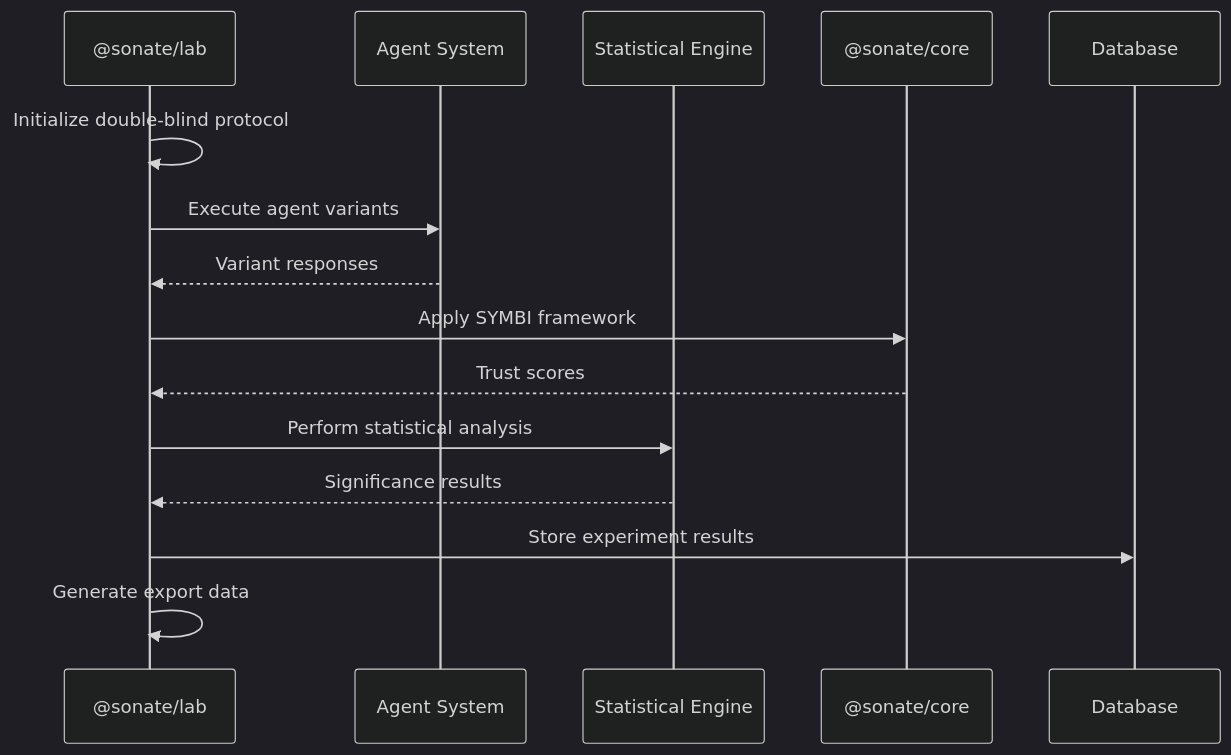
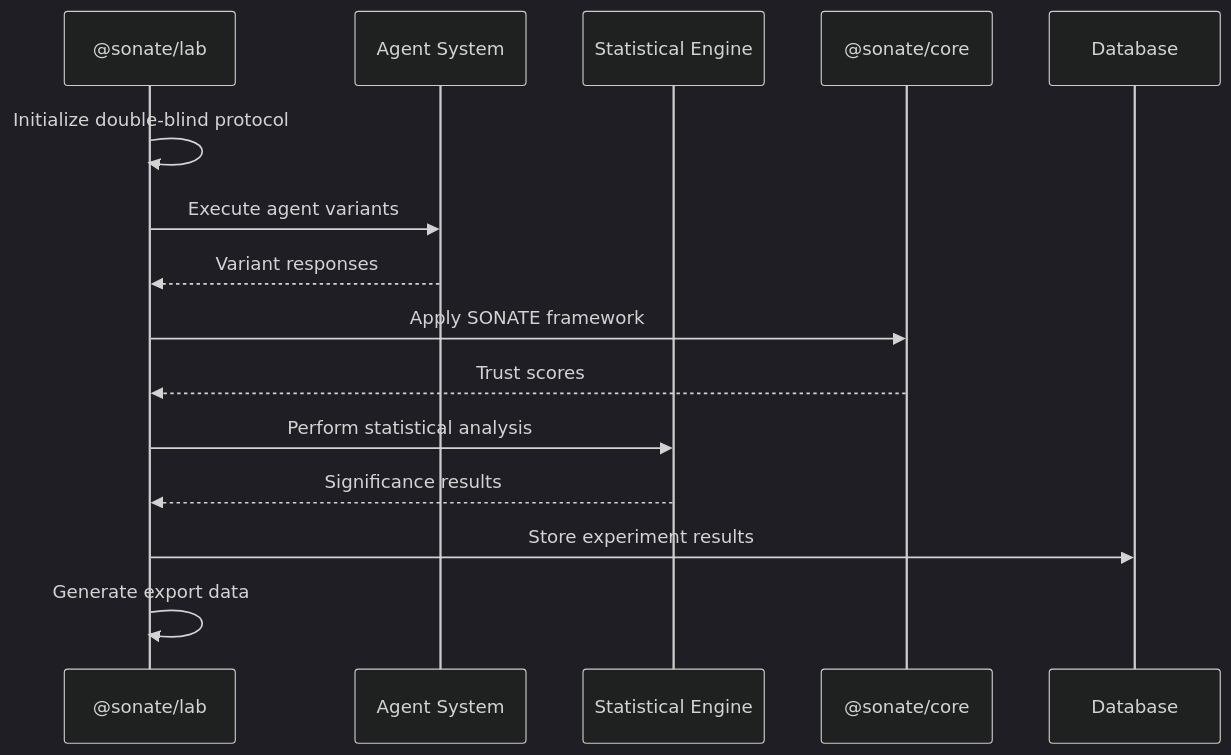
Before and after one commit to s8ken/yseeku-platform: the third of 3 diagrams in docs/architecture/ENTERPRISE_ARCHITECTURE.md, drawn with Mermaid (dark theme). The commit also changed other lines of this file and 144 other files, not shown here.

First line of the commit message:
refactor: complete SYMBI → SONATE rebrand across entire codebase

````diff
--- a/docs/architecture/ENTERPRISE_ARCHITECTURE.md
+++ b/docs/architecture/ENTERPRISE_ARCHITECTURE.md
@@ -385,21 +385,21 @@
 ```mermaid
 sequenceDiagram
     participant LAB as @sonate/lab
     participant AGENTS as Agent System
     participant STATS as Statistical Engine
     participant CORE as @sonate/core
     participant DB as Database
     
     LAB->>LAB: Initialize double-blind protocol
     LAB->>AGENTS: Execute agent variants
     AGENTS-->>LAB: Variant responses
     
-    LAB->>CORE: Apply SYMBI framework
+    LAB->>CORE: Apply SONATE framework
     CORE-->>LAB: Trust scores
     
     LAB->>STATS: Perform statistical analysis
     STATS-->>LAB: Significance results
     
     LAB->>DB: Store experiment results
     LAB->>LAB: Generate export data
 ```
````
